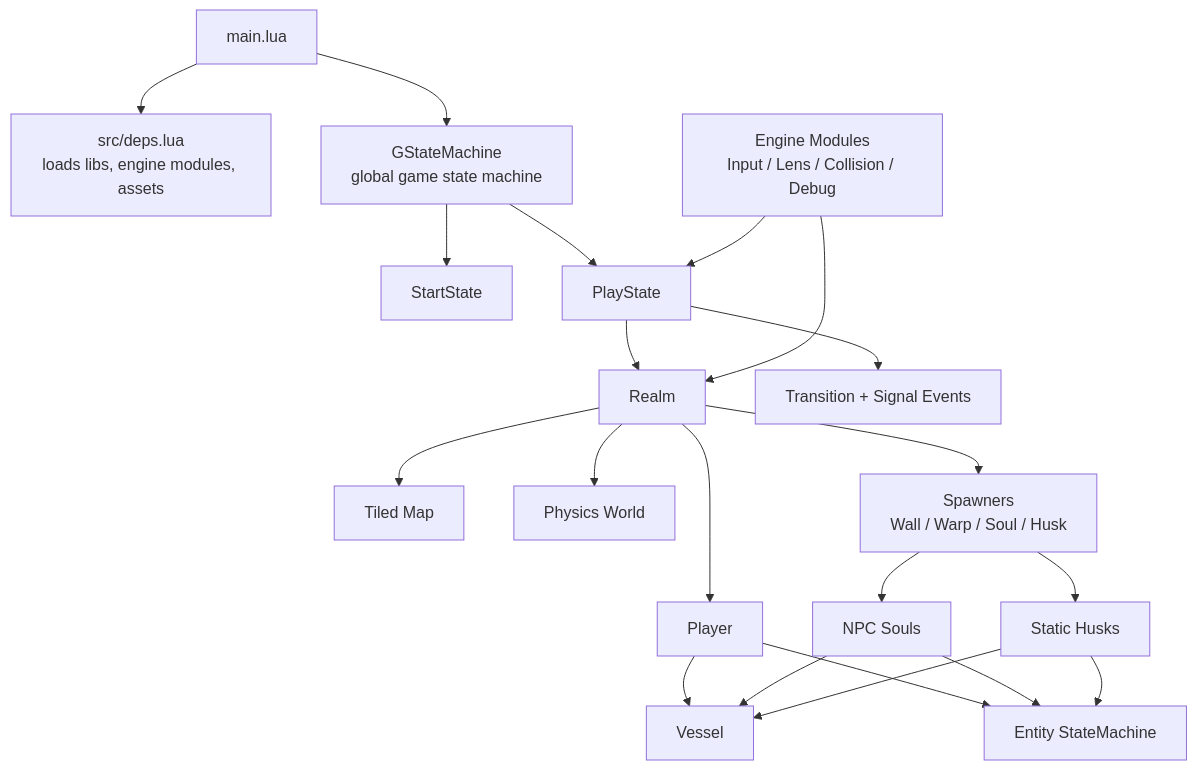
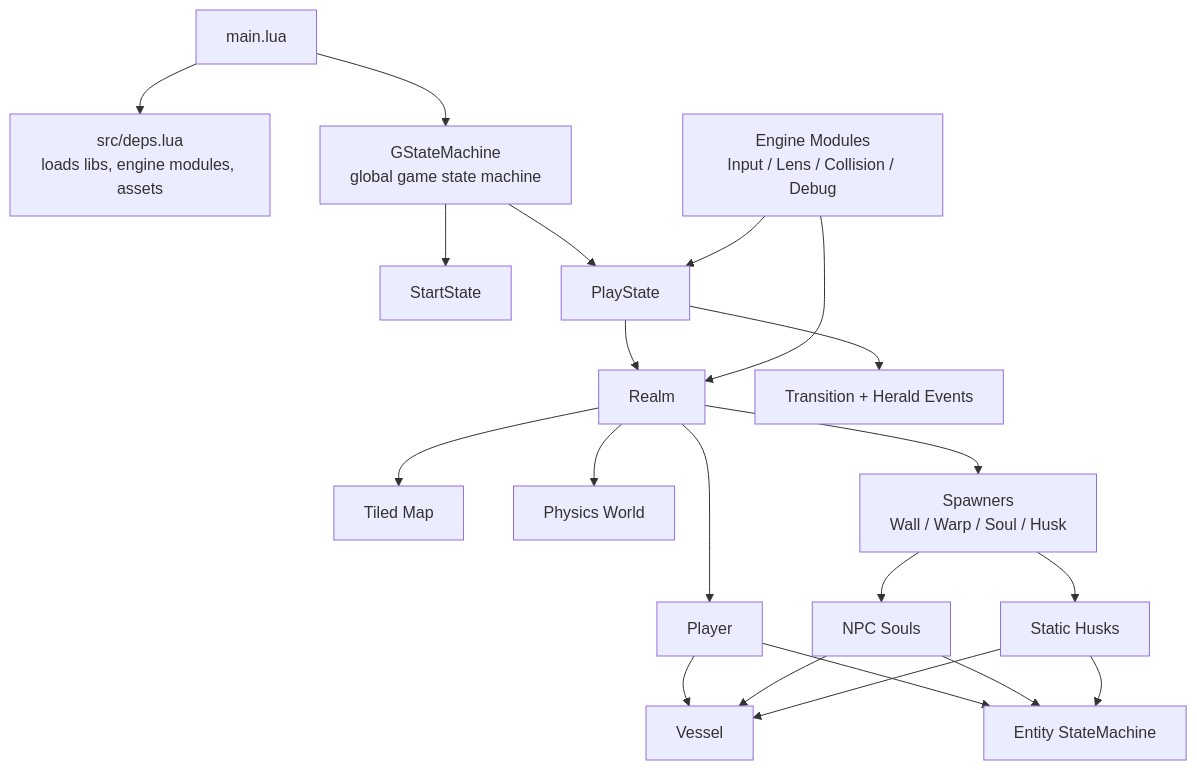
One commit to zchrysaylor/dalbit-ninja changed the diagram in README.md. Above: the diagram before and after it, drawn with Mermaid. The commit also changed other lines of this file and 2 other files, not shown here.

````diff
--- a/README.md
+++ b/README.md
@@ -11,28 +11,28 @@
 ```mermaid
 flowchart TD
 	A[main.lua] --> B[src/deps.lua<br/>loads libs, engine modules, assets]
 	A --> C[GStateMachine<br/>global game state machine]
 	C --> D[StartState]
 	C --> E[PlayState]
 
 	E --> F[Realm]
-	E --> G[Transition + Signal Events]
+	E --> G[Transition + Herald Events]
 
 	F --> H[Tiled Map]
 	F --> I[Physics World]
 	F --> J[Spawners<br/>Wall / Warp / Soul / Husk]
 	F --> K[Player]
 	J --> L[NPC Souls]
 	J --> M[Static Husks]
 
 	K --> N[Vessel]
 	L --> N
 	M --> N
 
 	K --> O[Entity StateMachine]
 	L --> O
 	M --> O
 
 	P[Engine Modules<br/>Input / Lens / Collision / Debug] --> E
 	P --> F
 ```
````
